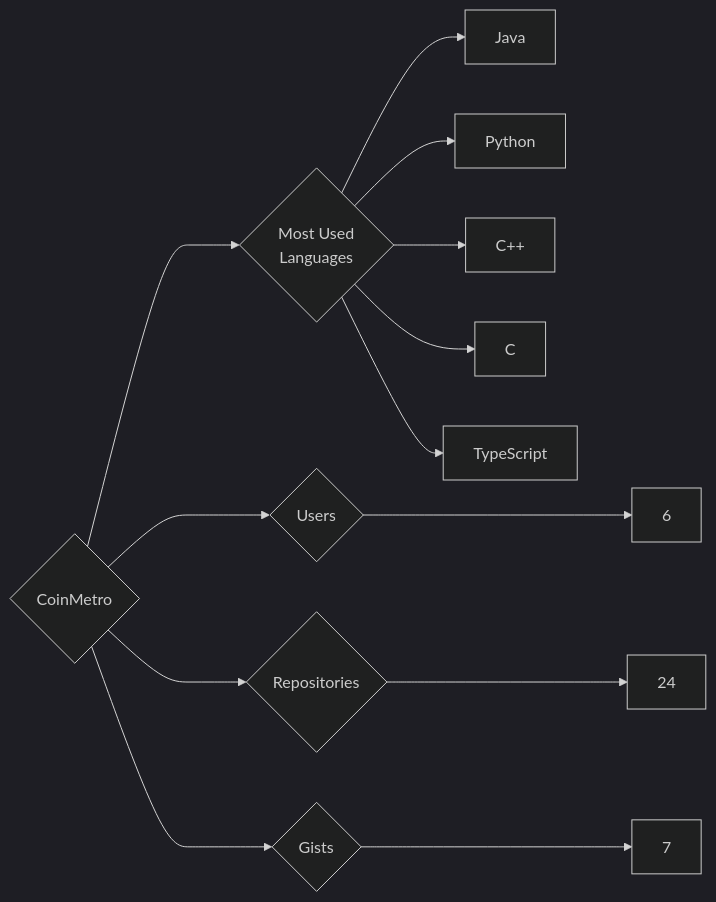
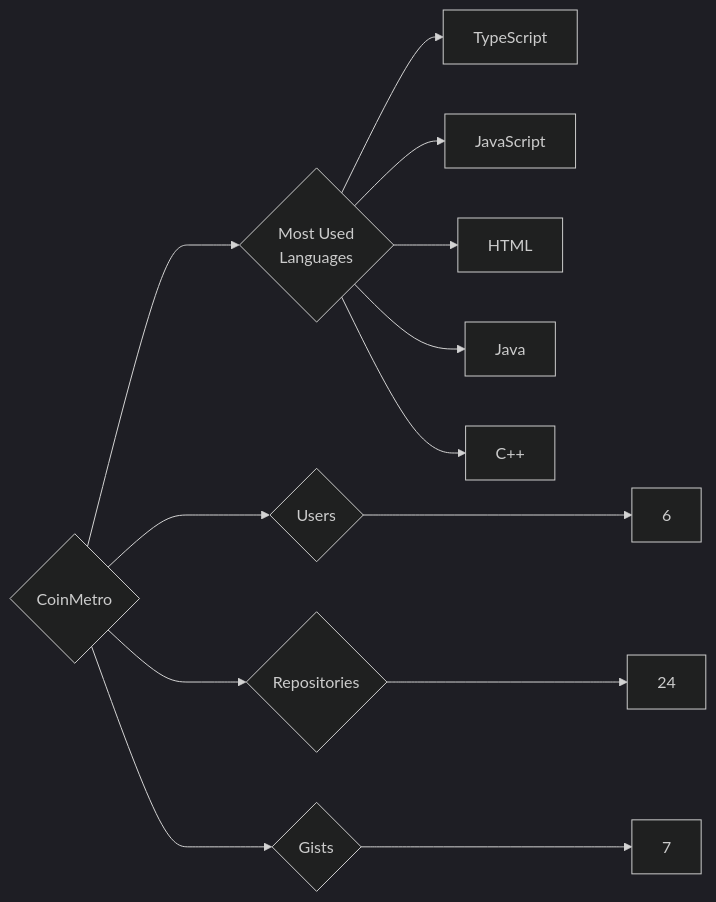
The diagram in targets/CoinMetro/README.md (trickest/insiders), drawn with Mermaid (dark theme) before and after one commit. The commit also changed 1167 other files, not shown here.

````diff
--- a/targets/CoinMetro/README.md
+++ b/targets/CoinMetro/README.md
@@ -3,13 +3,13 @@
 ```mermaid
 graph LR
 COMPANY_NAME{CoinMetro}
 COMPANY_NAME ---> U{Users} ---> UN[6]
 COMPANY_NAME ---> R{Repositories} ---> RN[24]
 COMPANY_NAME ---> G{Gists} ---> GN[7]
 COMPANY_NAME ---> ML{Most Used<br>Languages}
+ML --> TypeScript[TypeScript]
+ML --> JavaScript[JavaScript]
+ML --> HTML[HTML]
 ML --> Java[Java]
-ML --> Python[Python]
 ML --> C++[C++]
-ML --> C[C]
-ML --> TypeScript[TypeScript]
 ```
````
